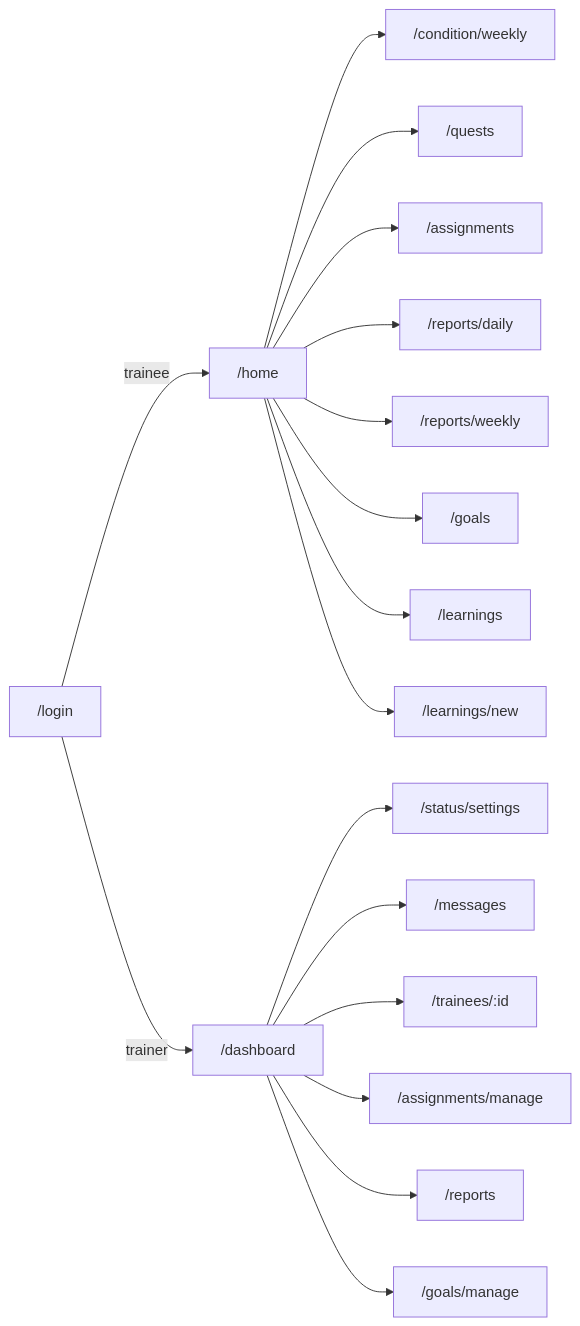
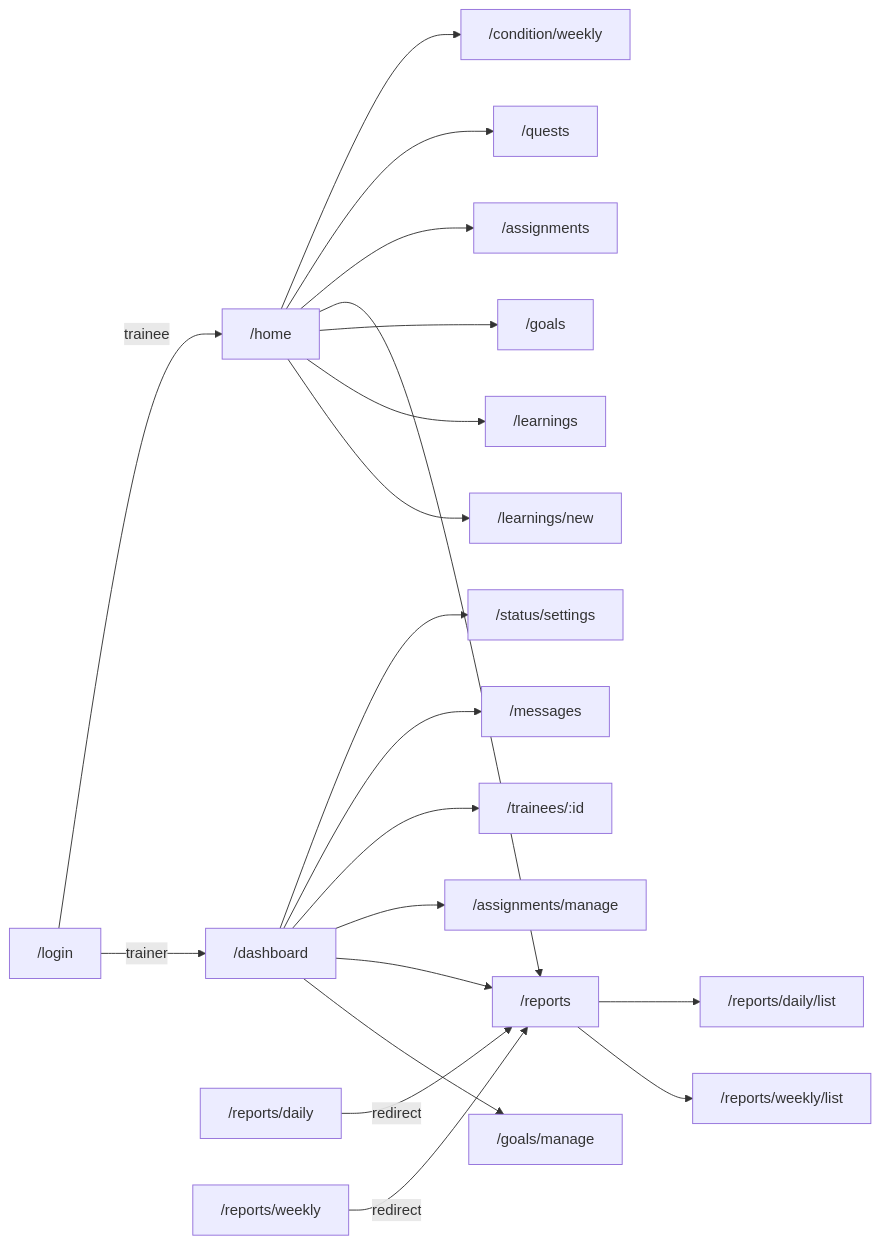
The second of 5 diagrams in docs/detailed-design.md (yuna-tsuji-ambl/OJT-app), drawn with Mermaid before and after one commit. The commit also changed other lines of this file and 128 other files, not shown here.

````diff
--- a/docs/detailed-design.md
+++ b/docs/detailed-design.md
@@ -330,19 +332,22 @@
 ```mermaid
 flowchart LR
   Login["/login"] -->|trainee| Home["/home"]
   Login -->|trainer| Dashboard["/dashboard"]
   Home --> Weekly["/condition/weekly"]
   Home --> Quests["/quests"]
   Dashboard --> Status["/status/settings"]
   Dashboard --> Messages["/messages"]
   Dashboard --> Detail["/trainees/:id"]
   Home --> Assignments["/assignments"]
   Dashboard --> AssignManage["/assignments/manage"]
-  Home --> DailyReport["/reports/daily"]
-  Home --> WeeklyReport["/reports/weekly"]
-  Dashboard --> ReportList["/reports"]
+  Home --> Reports["/reports"]
+  Dashboard --> Reports
+  Reports --> DailyList["/reports/daily/list"]
+  Reports --> WeeklyList["/reports/weekly/list"]
+  DailyOld["/reports/daily"] -->|redirect| Reports
+  WeeklyOld["/reports/weekly"] -->|redirect| Reports
   Home --> Goals["/goals"]
   Dashboard --> GoalManage["/goals/manage"]
   Home --> Learnings["/learnings"]
   Home --> LearningNew["/learnings/new"]
 ```
````
